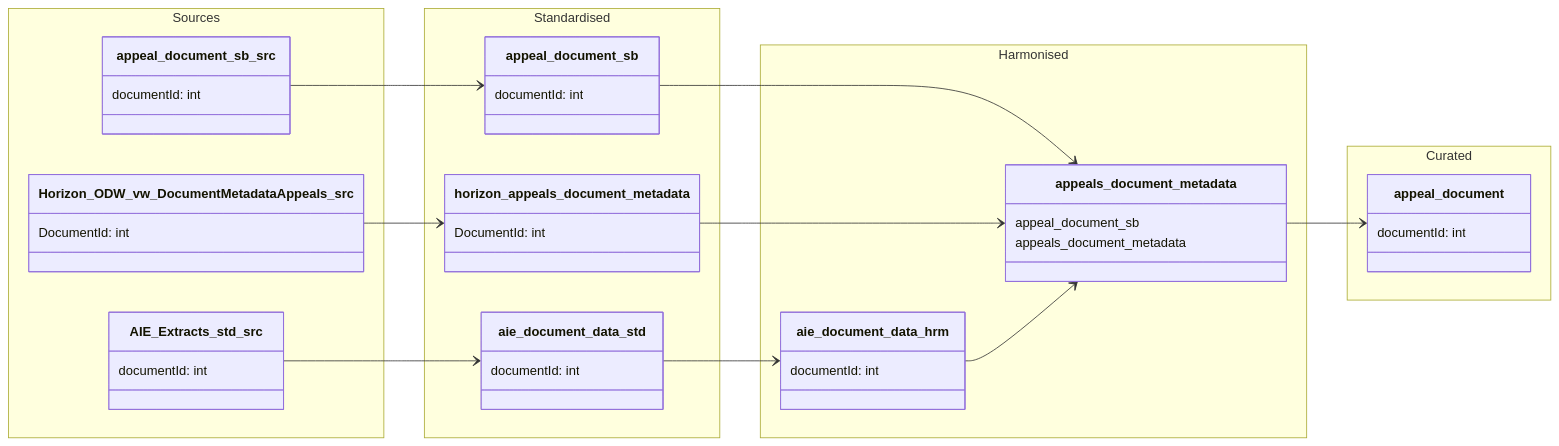
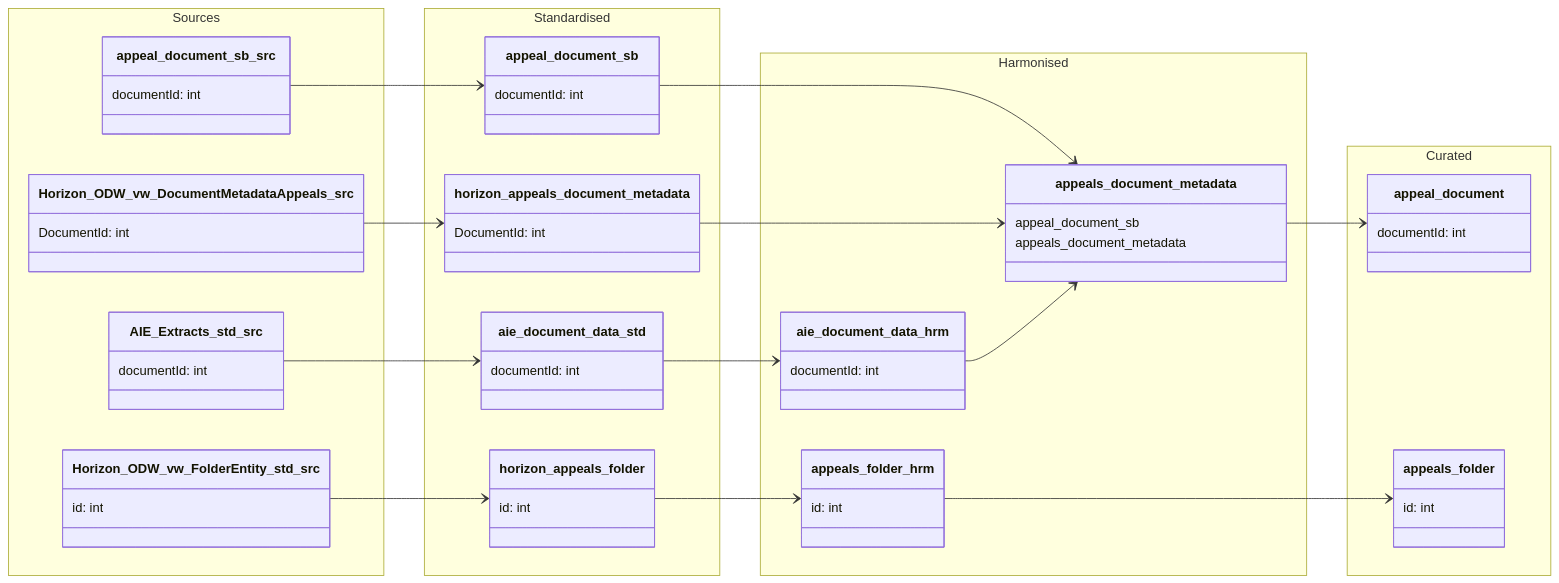
One commit to Planning-Inspectorate/ODW-Service changed the diagram in data-models/appeal-document.md. Above: the diagram before and after it, drawn with Mermaid.

Commit message:
fix: update the diagram

````diff
--- a/data-models/appeal-document.md
+++ b/data-models/appeal-document.md
@@ -24,6 +24,9 @@
             documentId: int
         }
 
+        class Horizon_ODW_vw_FolderEntity_std_src {
+            id: int
+        }
     }
     
     namespace Standardised {
@@ -39,6 +42,10 @@
         class aie_document_data_std {
             documentId: int
         }
+
+        class horizon_appeals_folder {
+            id: int
+        }
     }
 
     namespace Harmonised {
@@ -51,12 +58,20 @@
             appeal_document_sb
             appeals_document_metadata
         }
+
+        class appeals_folder_hrm {
+            id: int
+        }
     }
 
     namespace Curated {
 
         class appeal_document {
             documentId: int
+        }
+
+        class appeals_folder {
+            id: int
         }
     }
 
@@ -69,5 +84,9 @@
 `aie_document_data_hrm` --> `appeals_document_metadata`
 `appeals_document_metadata` --> `appeal_document`
 
+`Horizon_ODW_vw_FolderEntity_std_src` --> `horizon_appeals_folder`
+`horizon_appeals_folder` --> `appeals_folder_hrm`
+`appeals_folder_hrm` --> `appeals_folder`
+
 
 ```
````
